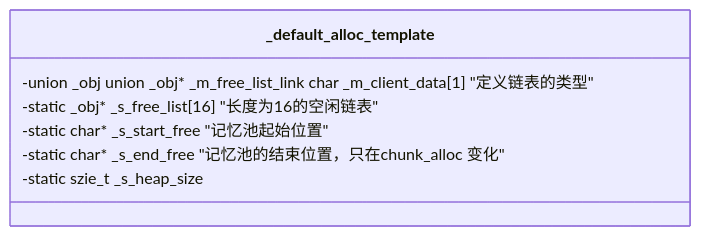
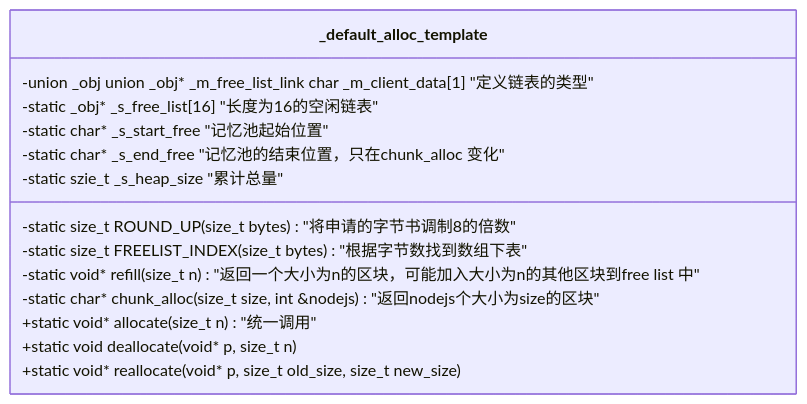
The second of 5 diagrams in chapter-1-alloc/notes.md (LgpFly/mystl), drawn with Mermaid before and after one commit. The commit also changed other lines of this file, not shown here.

````diff
--- a/chapter-1-alloc/notes.md
+++ b/chapter-1-alloc/notes.md
@@ -50,15 +50,19 @@
 ```mermaid
 classDiagram
     class _default_alloc_template{
         -union _obj union _obj* _m_free_list_link char _m_client_data[1] "定义链表的类型"
         -static _obj* _s_free_list[16] "长度为16的空闲链表"
         -static char* _s_start_free "记忆池起始位置"
         -static char* _s_end_free "记忆池的结束位置，只在chunk_alloc 变化"
-        -static szie_t _s_heap_size 
+        -static szie_t _s_heap_size "累计总量"
         
-
-
+        -static size_t ROUND_UP(size_t bytes) "将申请的字节书调制8的倍数"
+        -static size_t FREELIST_INDEX(size_t bytes) "根据字节数找到数组下表"
+        -static void* refill(size_t n) "返回一个大小为n的区块，可能加入大小为n的其他区块到free list 中"
+        -static char* chunk_alloc(size_t size, int &nodejs) "返回nodejs个大小为size的区块"
+        
+        +static void* allocate(size_t n) "统一调用"
+        +static void deallocate(void* p, size_t n) 
+        +static void* reallocate(void* p, size_t old_size, size_t new_size)
     }
-    
-
 ```
````
